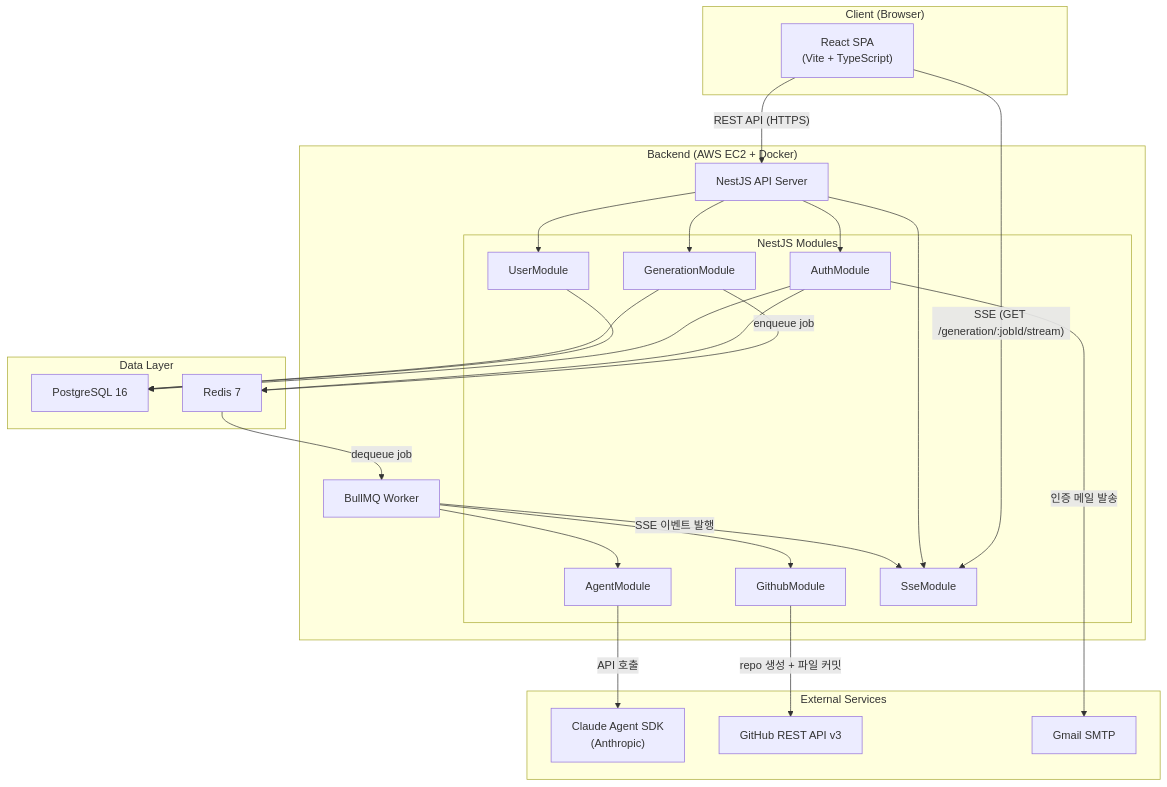
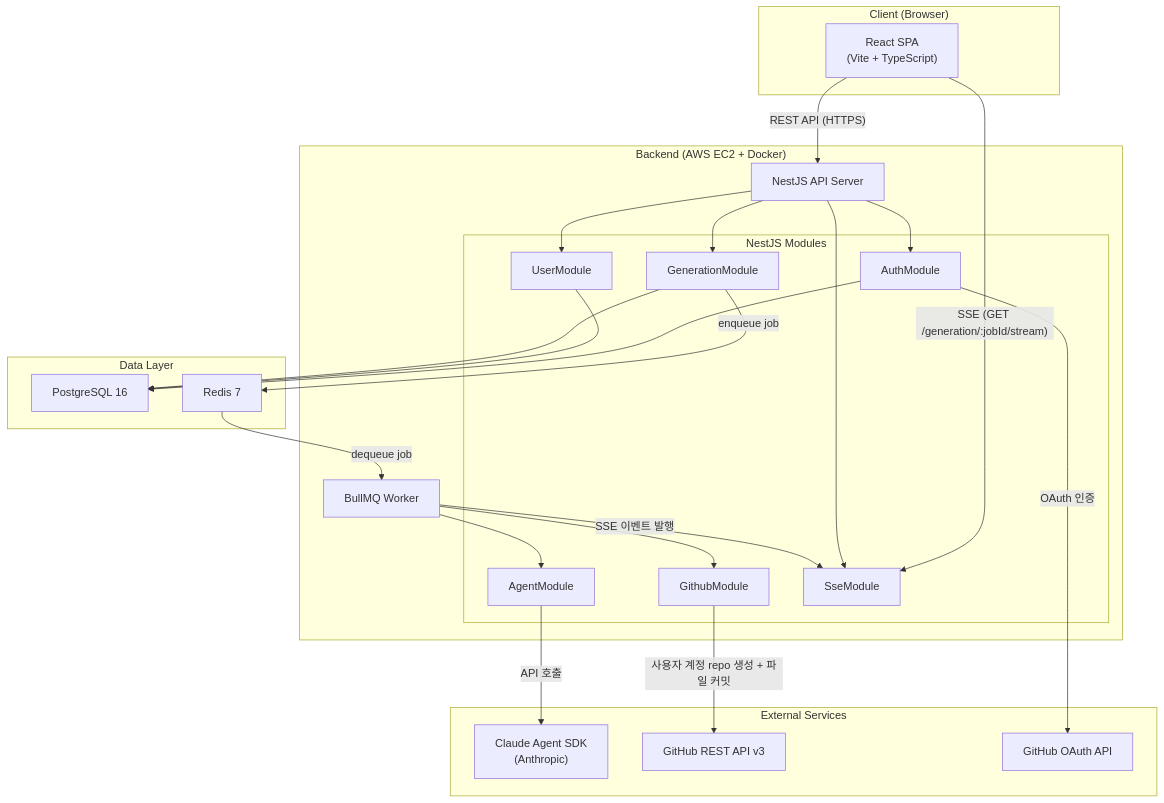
The first of 4 diagrams in docs/system-architecture.md (Gomdadi/mvp-builder), drawn with Mermaid before and after one commit. The commit also changed other lines of this file and 12 other files, not shown here.

````diff
--- a/docs/system-architecture.md
+++ b/docs/system-architecture.md
@@ -63,52 +65,52 @@
 ```mermaid
 graph TD
     subgraph Client["Client (Browser)"]
         FE["React SPA<br/>(Vite + TypeScript)"]
     end
 
     subgraph Backend["Backend (AWS EC2 + Docker)"]
         API["NestJS API Server"]
         subgraph Modules["NestJS Modules"]
             AUTH["AuthModule"]
             USER["UserModule"]
             GEN["GenerationModule"]
             AGENT["AgentModule"]
             GH_MOD["GithubModule"]
             SSE_MOD["SseModule"]
         end
         QUEUE["BullMQ Worker"]
     end
 
     subgraph DataLayer["Data Layer"]
         PG["PostgreSQL 16"]
         REDIS["Redis 7"]
     end
 
     subgraph ExternalServices["External Services"]
         CLAUDE["Claude Agent SDK<br/>(Anthropic)"]
-        GITHUB["GitHub REST API v3"]
-        GMAIL["Gmail SMTP"]
+        GITHUB_API["GitHub REST API v3"]
+        GITHUB_OAUTH["GitHub OAuth API"]
     end
 
     FE -->|"REST API (HTTPS)"| API
     FE -->|"SSE (GET /generation/:jobId/stream)"| SSE_MOD
     API --> AUTH
     API --> USER
     API --> GEN
     API --> SSE_MOD
 
+    AUTH -->|"OAuth 인증"| GITHUB_OAUTH
+
     GEN -->|"enqueue job"| REDIS
     REDIS -->|"dequeue job"| QUEUE
     QUEUE --> AGENT
     QUEUE --> GH_MOD
     QUEUE -->|"SSE 이벤트 발행"| SSE_MOD
 
     AGENT -->|"API 호출"| CLAUDE
-    GH_MOD -->|"repo 생성 + 파일 커밋"| GITHUB
-    AUTH -->|"인증 메일 발송"| GMAIL
+    GH_MOD -->|"사용자 계정 repo 생성 + 파일 커밋"| GITHUB_API
 
     AUTH --> PG
     USER --> PG
     GEN --> PG
-    AUTH --> REDIS
 ```
````
